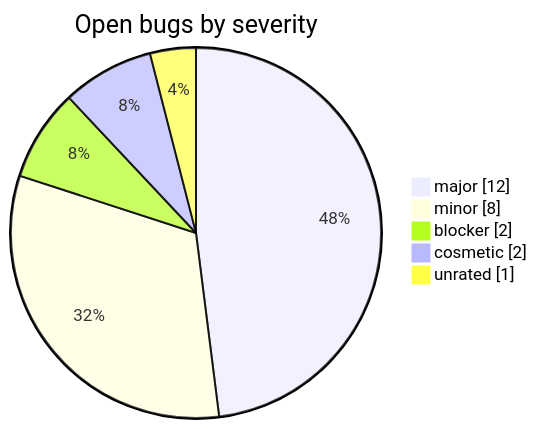
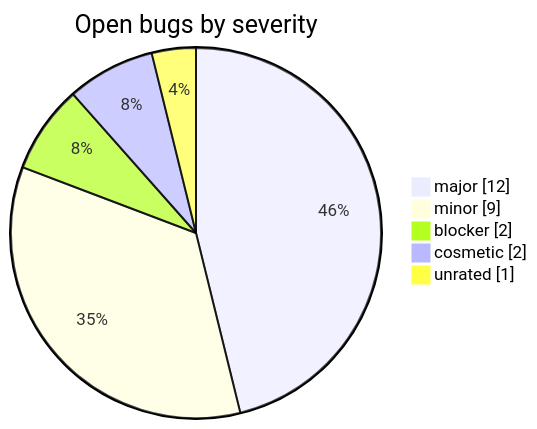
The second of 3 diagrams in README.md (silkyclouds/pmda-tracker), drawn with Mermaid before and after one commit. The commit also changed other lines of this file, not shown here.

````diff
--- a/README.md
+++ b/README.md
@@ -22,8 +22,8 @@
 ```mermaid
 pie showData title Open bugs by severity
     "major" : 12
-    "minor" : 8
+    "minor" : 9
     "blocker" : 2
     "cosmetic" : 2
     "unrated" : 1
 ```
````
